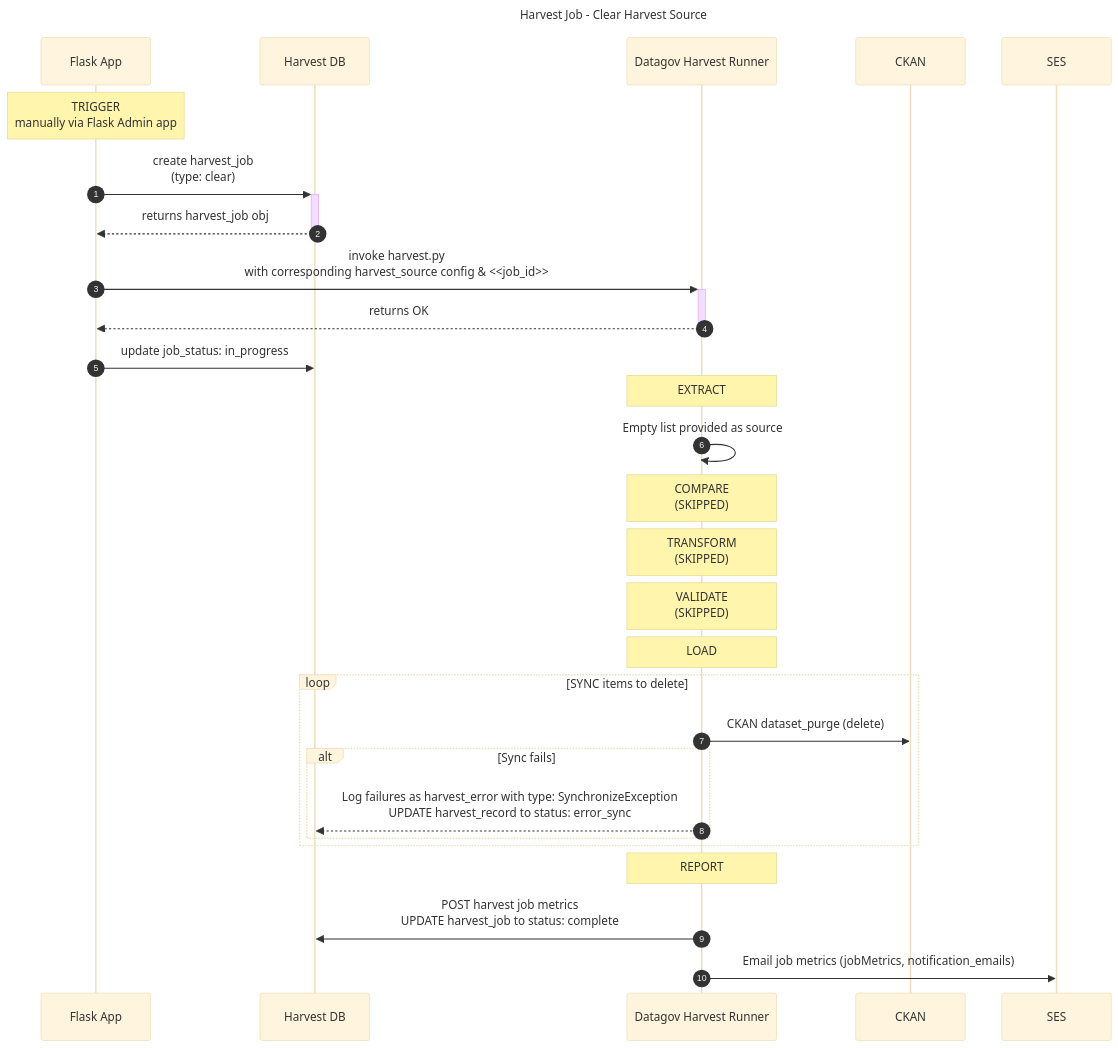
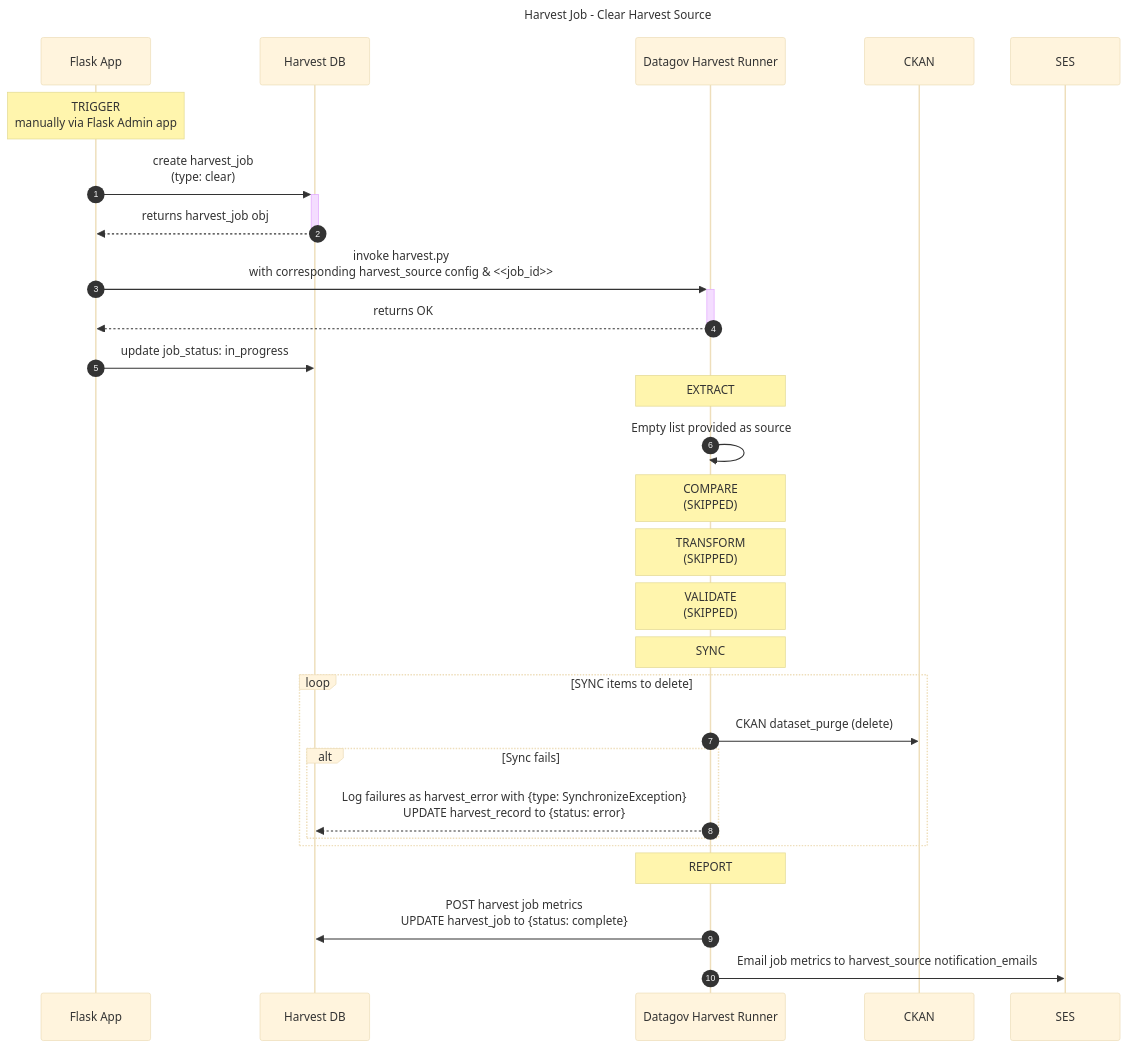
Before and after one commit to GSA/datagov-harvester: the diagram in docs/diagrams/mermaid/src/harvest_job_seq__clear.md, drawn with Mermaid (base theme). The commit also changed 10 other files, not shown here.

````diff
--- a/docs/diagrams/mermaid/src/harvest_job_seq__clear.md
+++ b/docs/diagrams/mermaid/src/harvest_job_seq__clear.md
@@ -1,33 +1,33 @@
 ```mermaid
 ---
 title: Harvest Job - Clear Harvest Source
 ---
 sequenceDiagram
     autonumber
     participant FA as Flask App
     participant HDB as Harvest DB
     participant DHR as Datagov Harvest Runner
     participant CKAN
     participant SES
     note over FA: TRIGGER <br> manually via Flask Admin app
     FA->>+HDB: create harvest_job<br>(type: clear)
     HDB-->>-FA: returns harvest_job obj
     FA->>+DHR: invoke harvest.py<br> with corresponding harvest_source config & <<job_id>>
     DHR-->>-FA: returns OK
     FA->>HDB: update job_status: in_progress
     note over DHR: EXTRACT
     DHR->>DHR: Empty list provided as source
     note over DHR: COMPARE<br>(SKIPPED)
     note over DHR: TRANSFORM<br>(SKIPPED)
     note over DHR: VALIDATE<br>(SKIPPED)
-    note over DHR: LOAD
+    note over DHR: SYNC
     loop SYNC items to delete
         DHR->>CKAN: CKAN dataset_purge (delete)
         alt Sync fails
-            DHR-->>HDB: Log failures as harvest_error with type: SynchronizeException<br>UPDATE harvest_record to status: error_sync
+            DHR-->>HDB: Log failures as harvest_error with {type: SynchronizeException}<br>UPDATE harvest_record to {status: error}
         end
     end
     note over DHR: REPORT
-    DHR->>HDB: POST harvest job metrics <br> UPDATE harvest_job to status: complete
-    DHR->>SES: Email job metrics (jobMetrics, notification_emails)
+    DHR->>HDB: POST harvest job metrics <br> UPDATE harvest_job to {status: complete}
+    DHR->>SES: Email job metrics to harvest_source notification_emails
 ```
````
